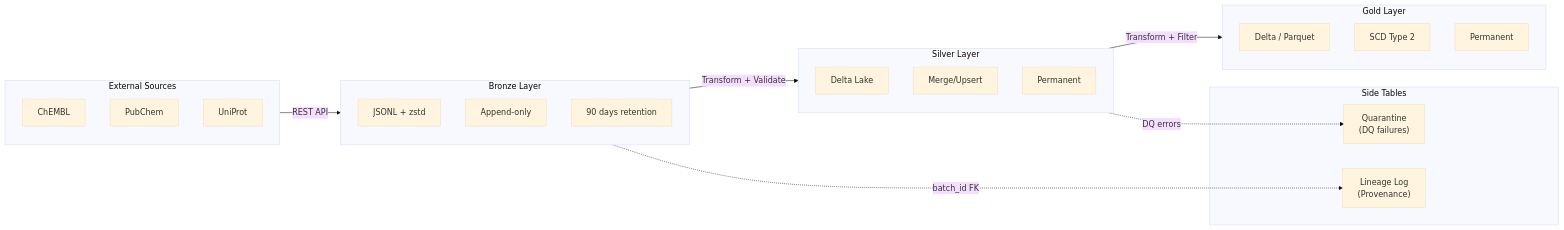
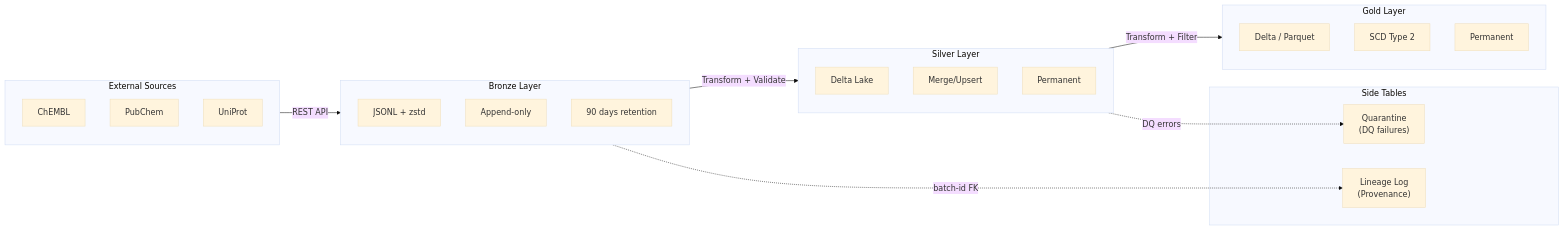
Before and after one commit to SatoryKono/BioactivityDataAcquisition: the first of 3 diagrams in docs/02-architecture/data-flow.md, drawn with Mermaid (base theme). The commit also changed other lines of this file and 311 other files, not shown here.

````diff
--- a/docs/02-architecture/data-flow.md
+++ b/docs/02-architecture/data-flow.md
@@ -13,40 +13,40 @@
 ```mermaid
 flowchart LR
   subgraph Sources["External Sources"]
     SRC1["ChEMBL"]
     SRC2["PubChem"]
     SRC3["UniProt"]
   end
 
   subgraph Bronze["Bronze Layer"]
     direction TB
     B1["JSONL + zstd"]
     B2["Append-only"]
     B3["90 days retention"]
   end
 
   subgraph Silver["Silver Layer"]
     direction TB
     S1["Delta Lake"]
     S2["Merge/Upsert"]
-    S_perm["Permanent"]
+    S-perm["Permanent"]
   end
 
   subgraph Gold["Gold Layer"]
     direction TB
     G1["Delta / Parquet"]
     G2["SCD Type 2"]
     G3["Permanent"]
   end
 
   subgraph Side["Side Tables"]
     Q["Quarantine<br/>(DQ failures)"]
     L["Lineage Log<br/>(Provenance)"]
   end
 
   Sources -->|REST API| Bronze
   Bronze -->|Transform + Validate| Silver
   Silver -->|Transform + Filter| Gold
   Silver -.->|DQ errors| Q
-  Bronze -.->|batch_id FK| L
+  Bronze -.->|batch-id FK| L
 ```
````
